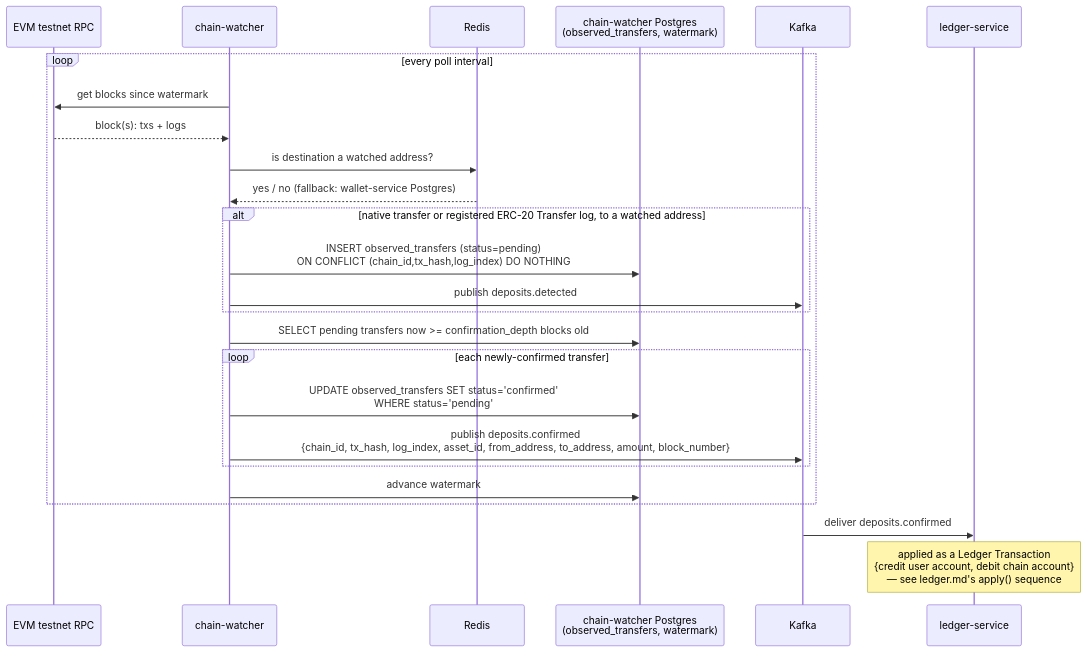
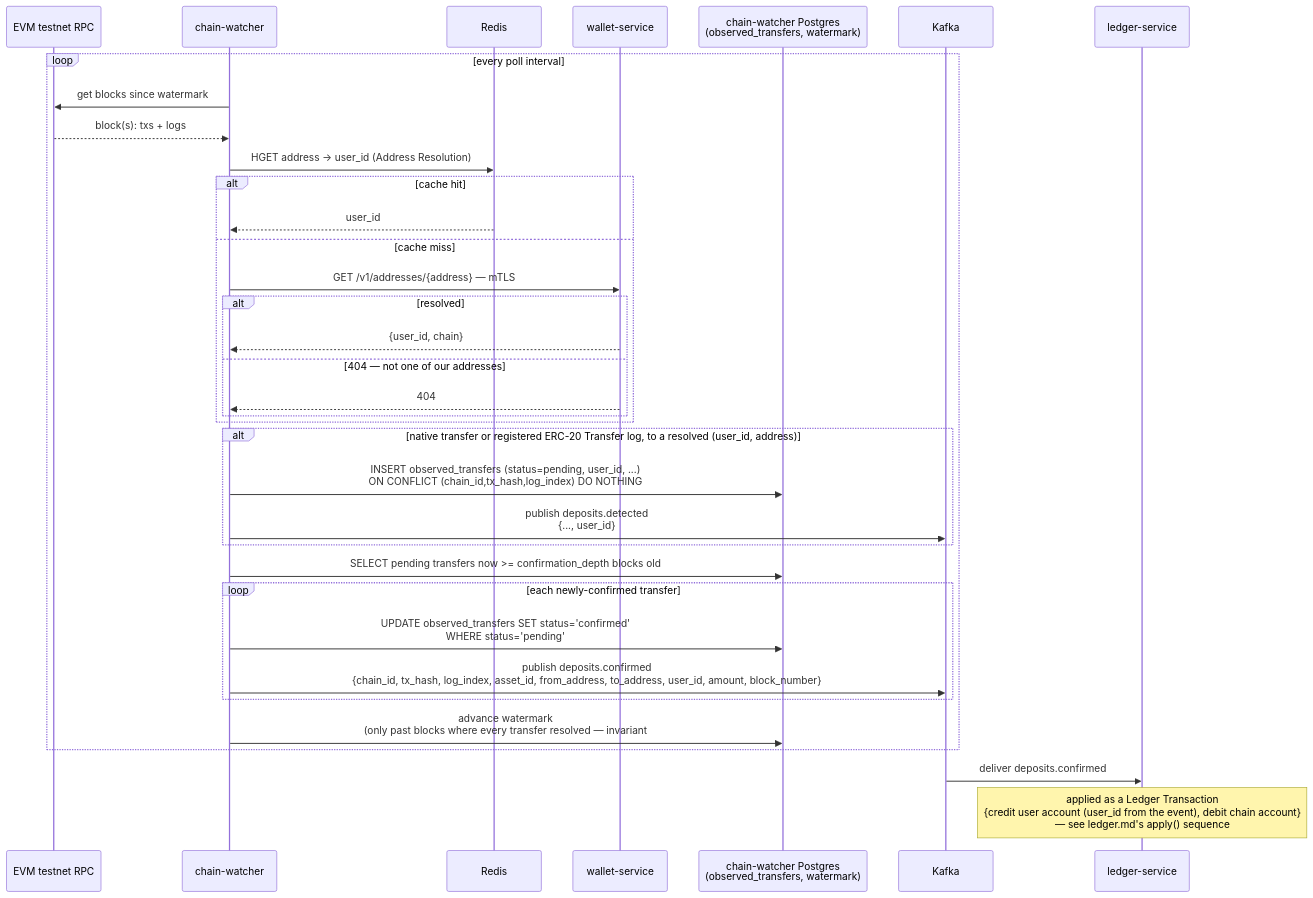
One commit to VuKhuongDuy/DigiWal changed the first of 2 diagrams in docs/design/deposit-flow.md. Above: the diagram before and after it, drawn with Mermaid. The commit also changed other lines of this file and 4 other files, not shown here.

````diff
--- a/docs/design/deposit-flow.md
+++ b/docs/design/deposit-flow.md
@@ -280,29 +327,39 @@
 ```mermaid
 sequenceDiagram
     participant RPC as EVM testnet RPC
     participant CW as chain-watcher
     participant Redis
+    participant Wallet as wallet-service
     participant PG as chain-watcher Postgres<br/>(observed_transfers, watermark)
     participant Kafka
     participant Ledger as ledger-service
 
     loop every poll interval
         CW->>RPC: get blocks since watermark
         RPC-->>CW: block(s): txs + logs
-        CW->>Redis: is destination a watched address?
-        Redis-->>CW: yes / no (fallback: wallet-service Postgres)
-        alt native transfer or registered ERC-20 Transfer log, to a watched address
-            CW->>PG: INSERT observed_transfers (status=pending)<br/>ON CONFLICT (chain_id,tx_hash,log_index) DO NOTHING
-            CW->>Kafka: publish deposits.detected
+        CW->>Redis: HGET address -> user_id (Address Resolution)
+        alt cache hit
+            Redis-->>CW: user_id
+        else cache miss
+            CW->>Wallet: GET /v1/addresses/{address} — mTLS
+            alt resolved
+                Wallet-->>CW: {user_id, chain}
+            else 404 — not one of our addresses
+                Wallet-->>CW: 404
+            end
+        end
+        alt native transfer or registered ERC-20 Transfer log, to a resolved (user_id, address)
+            CW->>PG: INSERT observed_transfers (status=pending, user_id, ...)<br/>ON CONFLICT (chain_id,tx_hash,log_index) DO NOTHING
+            CW->>Kafka: publish deposits.detected<br/>{..., user_id}
         end
         CW->>PG: SELECT pending transfers now >= confirmation_depth blocks old
         loop each newly-confirmed transfer
             CW->>PG: UPDATE observed_transfers SET status='confirmed'<br/>WHERE status='pending'
-            CW->>Kafka: publish deposits.confirmed<br/>{chain_id, tx_hash, log_index, asset_id, from_address, to_address, amount, block_number}
+            CW->>Kafka: publish deposits.confirmed<br/>{chain_id, tx_hash, log_index, asset_id, from_address, to_address, user_id, amount, block_number}
         end
-        CW->>PG: advance watermark
+        CW->>PG: advance watermark<br/>(only past blocks where every transfer resolved — invariant #1/#4)
     end
 
     Kafka->>Ledger: deliver deposits.confirmed
-    Note over Ledger: applied as a Ledger Transaction<br/>{credit user account, debit chain account}<br/>— see ledger.md's apply() sequence
+    Note over Ledger: applied as a Ledger Transaction<br/>{credit user account (user_id from the event), debit chain account}<br/>— see ledger.md's apply() sequence
 ```
````
